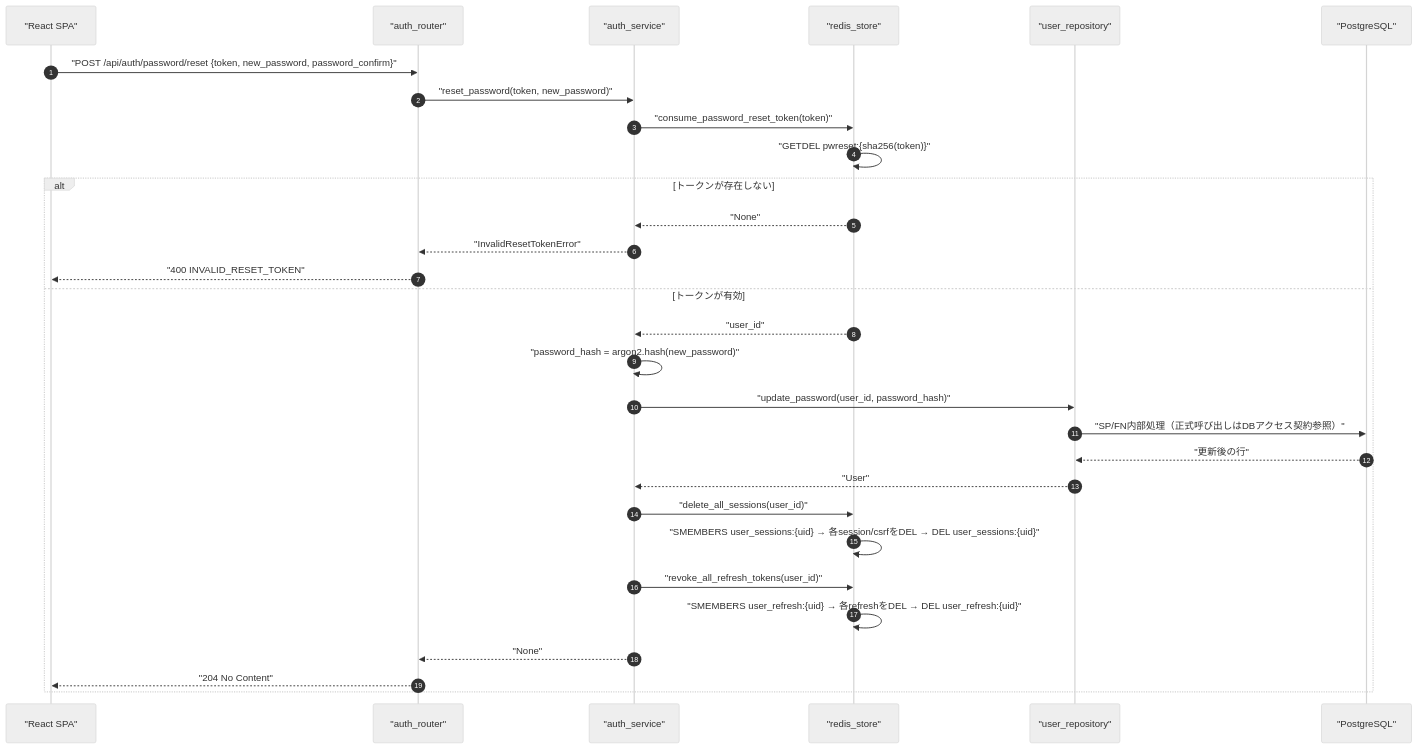
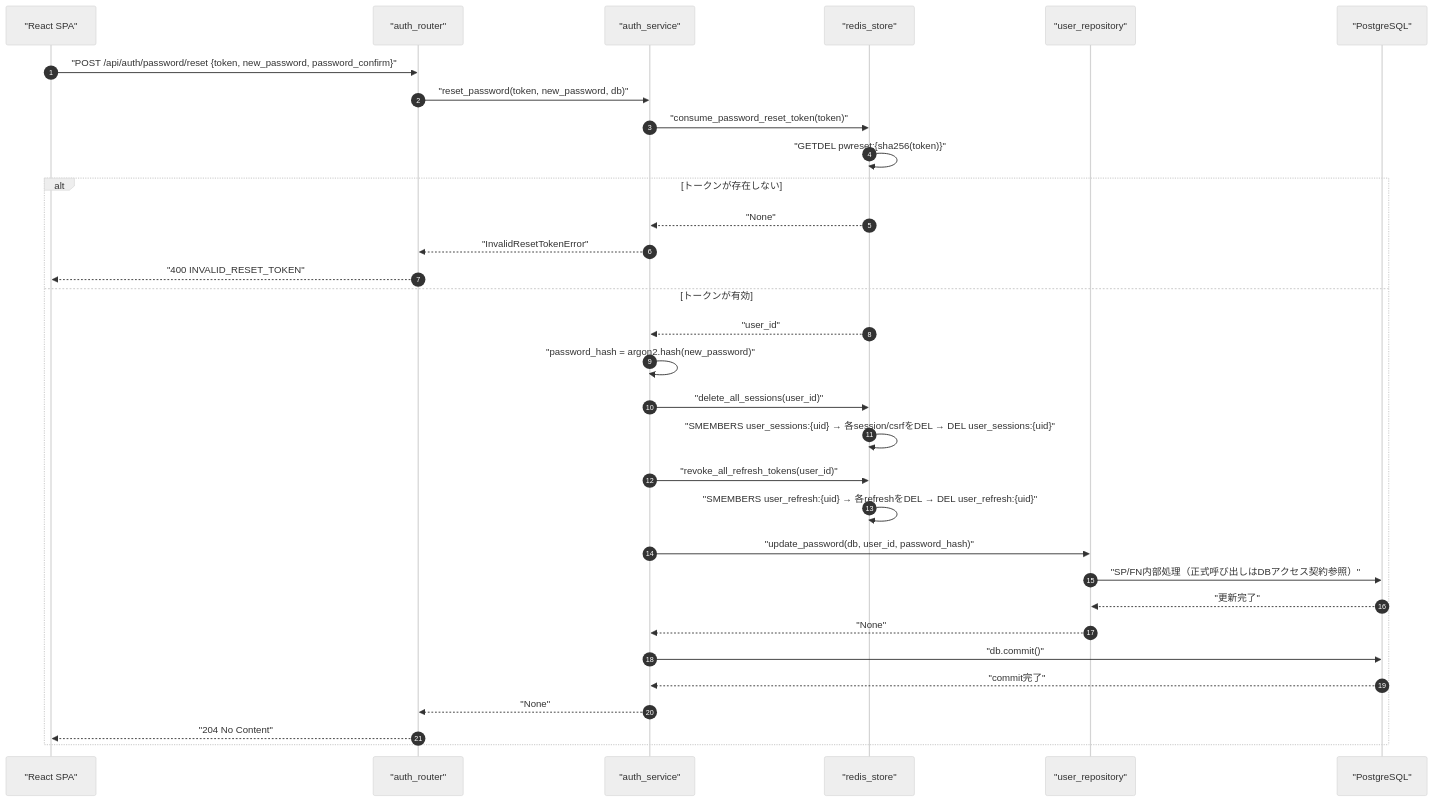
Before and after one commit to oikawa-d/task_management: the first of 4 diagrams in docs/detailed_design/api/auth/10_post_auth_password_reset.md, drawn with Mermaid (neutral theme). The commit also changed other lines of this file and 2 other files, not shown here.

````diff
--- a/docs/detailed_design/api/auth/10_post_auth_password_reset.md
+++ b/docs/detailed_design/api/auth/10_post_auth_password_reset.md
@@ -88,33 +88,35 @@
 ```mermaid
 sequenceDiagram
     autonumber
     participant FE as "React SPA"
     participant R as "auth_router"
     participant S as "auth_service"
     participant RD as "redis_store"
     participant UR as "user_repository"
     participant PG as "PostgreSQL"
 
     FE->>R: "POST /api/auth/password/reset {token, new_password, password_confirm}"
-    R->>S: "reset_password(token, new_password)"
+    R->>S: "reset_password(token, new_password, db)"
     S->>RD: "consume_password_reset_token(token)"
     RD->>RD: "GETDEL pwreset:{sha256(token)}"
     alt トークンが存在しない
         RD-->>S: "None"
         S-->>R: "InvalidResetTokenError"
         R-->>FE: "400 INVALID_RESET_TOKEN"
     else トークンが有効
         RD-->>S: "user_id"
         S->>S: "password_hash = argon2.hash(new_password)"
-        S->>UR: "update_password(user_id, password_hash)"
-        UR->>PG: "SP/FN内部処理（正式呼び出しはDBアクセス契約参照）"
-        PG-->>UR: "更新後の行"
-        UR-->>S: "User"
         S->>RD: "delete_all_sessions(user_id)"
         RD->>RD: "SMEMBERS user_sessions:{uid} → 各session/csrfをDEL → DEL user_sessions:{uid}"
         S->>RD: "revoke_all_refresh_tokens(user_id)"
         RD->>RD: "SMEMBERS user_refresh:{uid} → 各refreshをDEL → DEL user_refresh:{uid}"
+        S->>UR: "update_password(db, user_id, password_hash)"
+        UR->>PG: "SP/FN内部処理（正式呼び出しはDBアクセス契約参照）"
+        PG-->>UR: "更新完了"
+        UR-->>S: "None"
+        S->>PG: "db.commit()"
+        PG-->>S: "commit完了"
         S-->>R: "None"
         R-->>FE: "204 No Content"
     end
 ```
````
